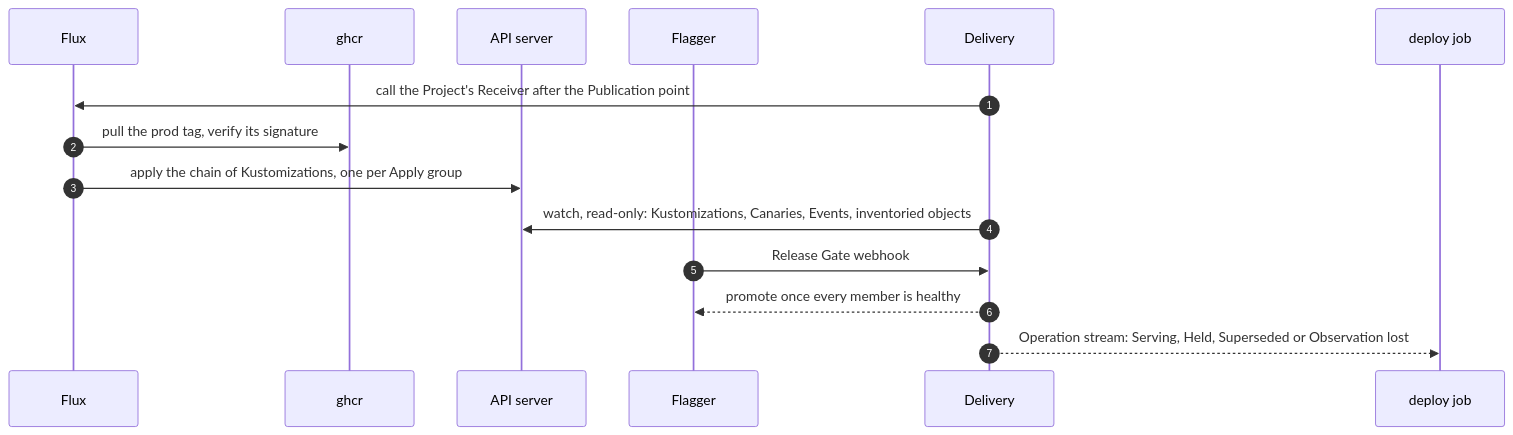
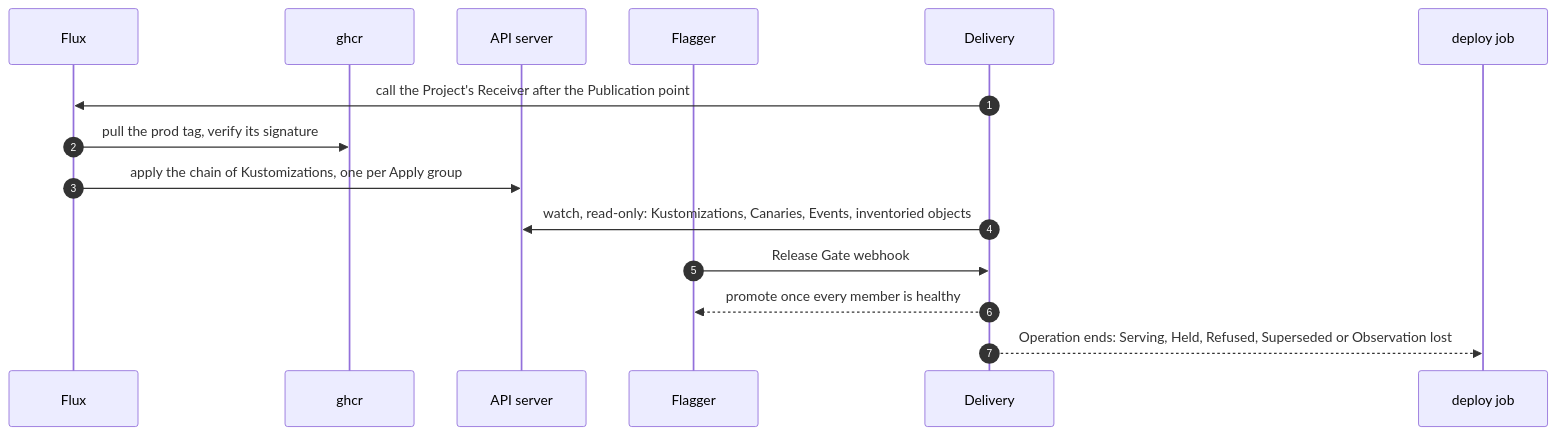
The diagram in docs/diagrams/raw/seq-deploy-3-switch.mmd (JorisJonkers-dev/estate-kit), drawn with Mermaid before and after one commit. The commit also changed 142 other files, not shown here.

```diff
--- a/docs/diagrams/raw/seq-deploy-3-switch.mmd
+++ b/docs/diagrams/raw/seq-deploy-3-switch.mmd
@@ -1,16 +1,16 @@
 %% title: Deploy, step 3 of 3: Flux applies and Flagger switches traffic
 sequenceDiagram
     autonumber
     participant F as Flux
     participant O as ghcr
     participant K as API server
     participant FG as Flagger
     participant S as Delivery
     participant CI as deploy job
     S->>F: call the Project's Receiver after the Publication point
     F->>O: pull the prod tag, verify its signature
     F->>K: apply the chain of Kustomizations, one per Apply group
     S->>K: watch, read-only: Kustomizations, Canaries, Events, inventoried objects
     FG->>S: Release Gate webhook
     S-->>FG: promote once every member is healthy
-    S-->>CI: Operation stream: Serving, Held, Superseded or Observation lost
+    S-->>CI: Operation ends: Serving, Held, Refused, Superseded or Observation lost
```
